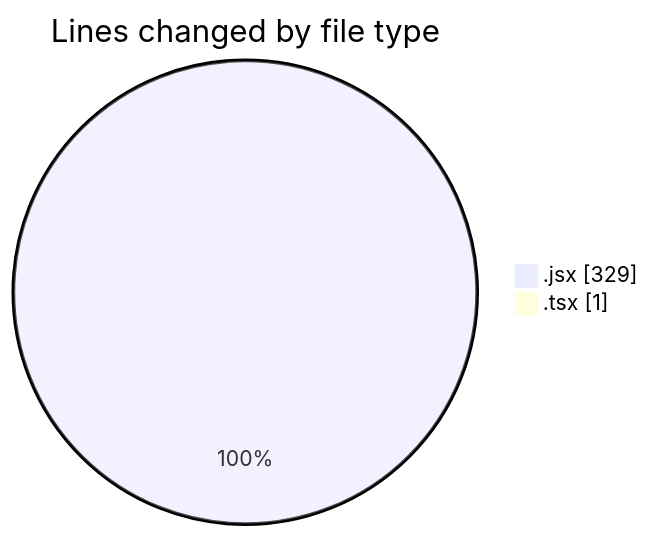
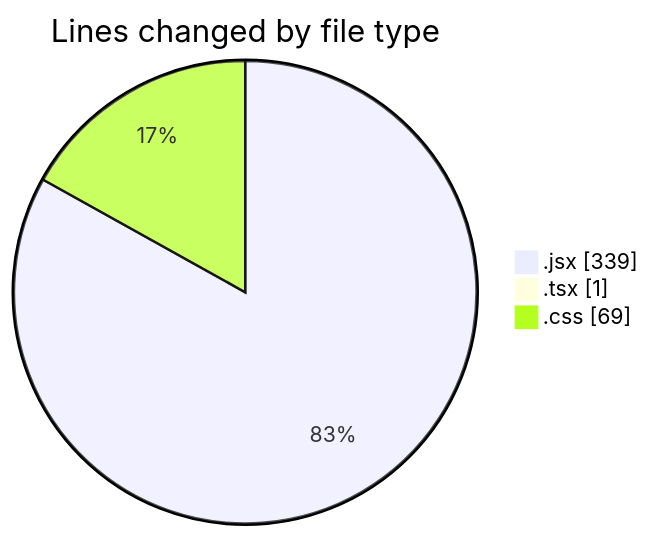
Before and after one commit to Elitesun/code-tracking: the first of 2 diagrams in 2025-02-10/react_ecom/README.md, drawn with Mermaid. The commit also changed other lines of this file and 1 other file, not shown here.

````diff
--- a/2025-02-10/react_ecom/README.md
+++ b/2025-02-10/react_ecom/README.md
@@ -28,6 +29,7 @@
 ```mermaid
 pie showData
 title Lines changed by file type
-".jsx" : 329
+".jsx" : 339
 ".tsx" : 1
+".css" : 69
 ```
````
